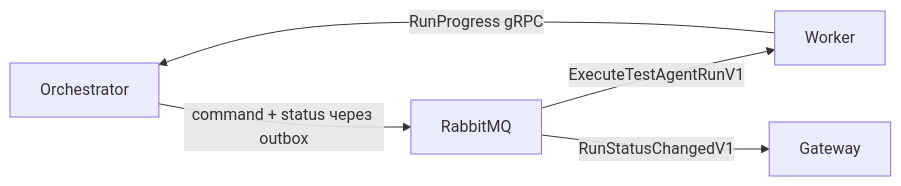
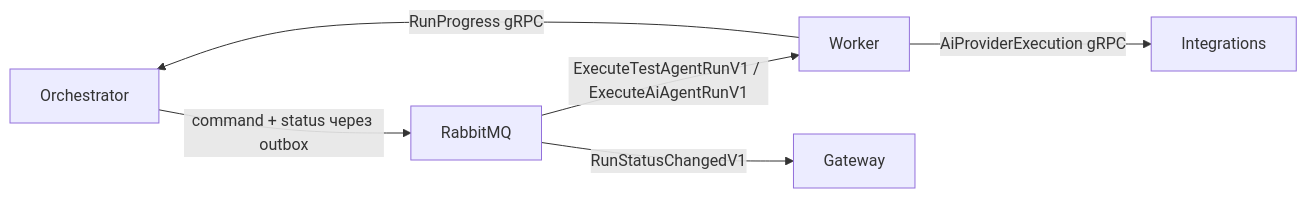
Before and after one commit to SqeeZarion/AiControlCenter: the second of 2 diagrams in docs/architecture/communication.md, drawn with Mermaid. The commit also changed other lines of this file and 15 other files, not shown here.

````diff
--- a/docs/architecture/communication.md
+++ b/docs/architecture/communication.md
@@ -28,7 +30,8 @@
 ```mermaid
 flowchart LR
     Orchestrator -->|"command + status через outbox"| RabbitMQ
-    RabbitMQ -->|"ExecuteTestAgentRunV1"| Worker
+    RabbitMQ -->|"ExecuteTestAgentRunV1 / ExecuteAiAgentRunV1"| Worker
+    Worker -->|"AiProviderExecution gRPC"| Integrations
     Worker -->|"RunProgress gRPC"| Orchestrator
     RabbitMQ -->|"RunStatusChangedV1"| Gateway
 ```
````
